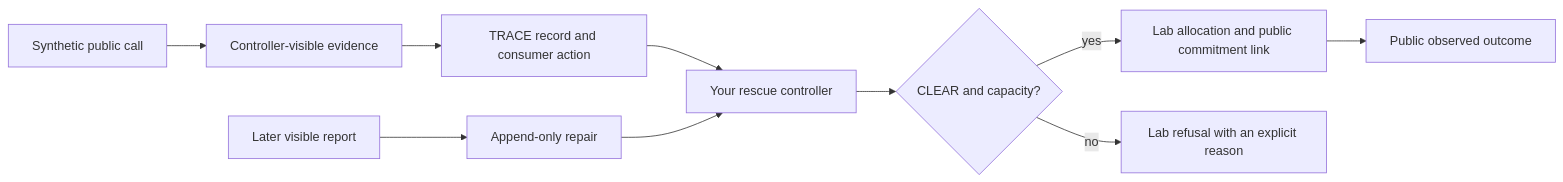
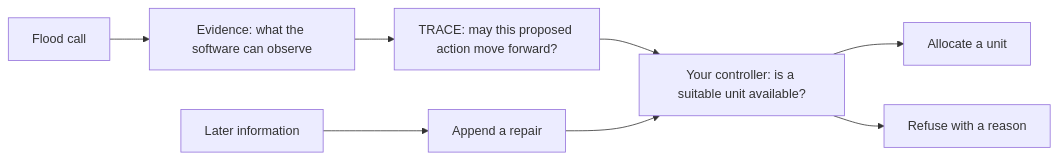
One commit to eyuchang/trace-worldmodel-flood-sar changed the diagram in labs/07_small_sar_codelab/README.md. Above: the diagram before and after it, drawn with Mermaid. The commit also changed other lines of this file and 18 other files, not shown here.

````diff
--- a/labs/07_small_sar_codelab/README.md
+++ b/labs/07_small_sar_codelab/README.md
@@ -50,12 +46,10 @@
 ```mermaid
 flowchart LR
-    A["Synthetic public call"] --> B["Controller-visible evidence"]
-    B --> C["TRACE record and consumer action"]
-    C --> D["Your rescue controller"]
-    D --> E{"CLEAR and capacity?"}
-    E -->|"yes"| F["Lab allocation and public commitment link"]
-    E -->|"no"| G["Lab refusal with an explicit reason"]
-    F --> H["Public observed outcome"]
-    I["Later visible report"] --> J["Append-only repair"]
-    J --> D
+    A["Flood call"] --> B["Evidence: what the software can observe"]
+    B --> C["TRACE: may this proposed action move forward?"]
+    C --> D["Your controller: is a suitable unit available?"]
+    D --> E["Allocate a unit"]
+    D --> F["Refuse with a reason"]
+    G["Later information"] --> H["Append a repair"]
+    H --> D
 ```
````
